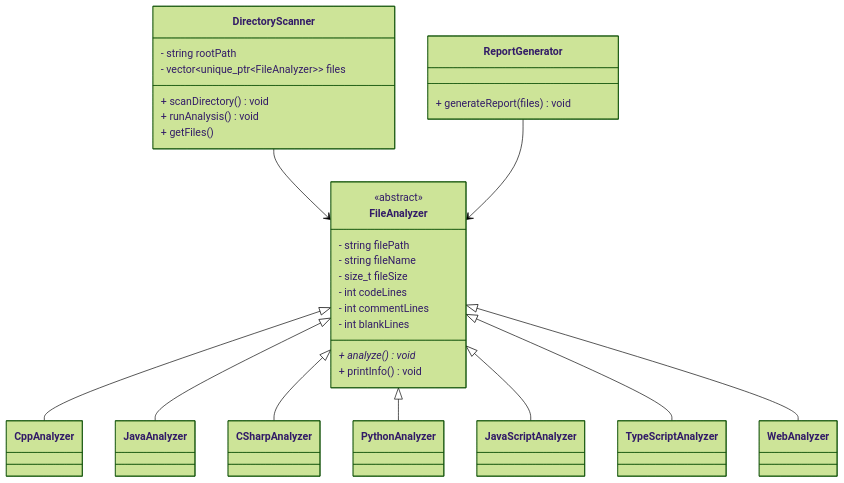
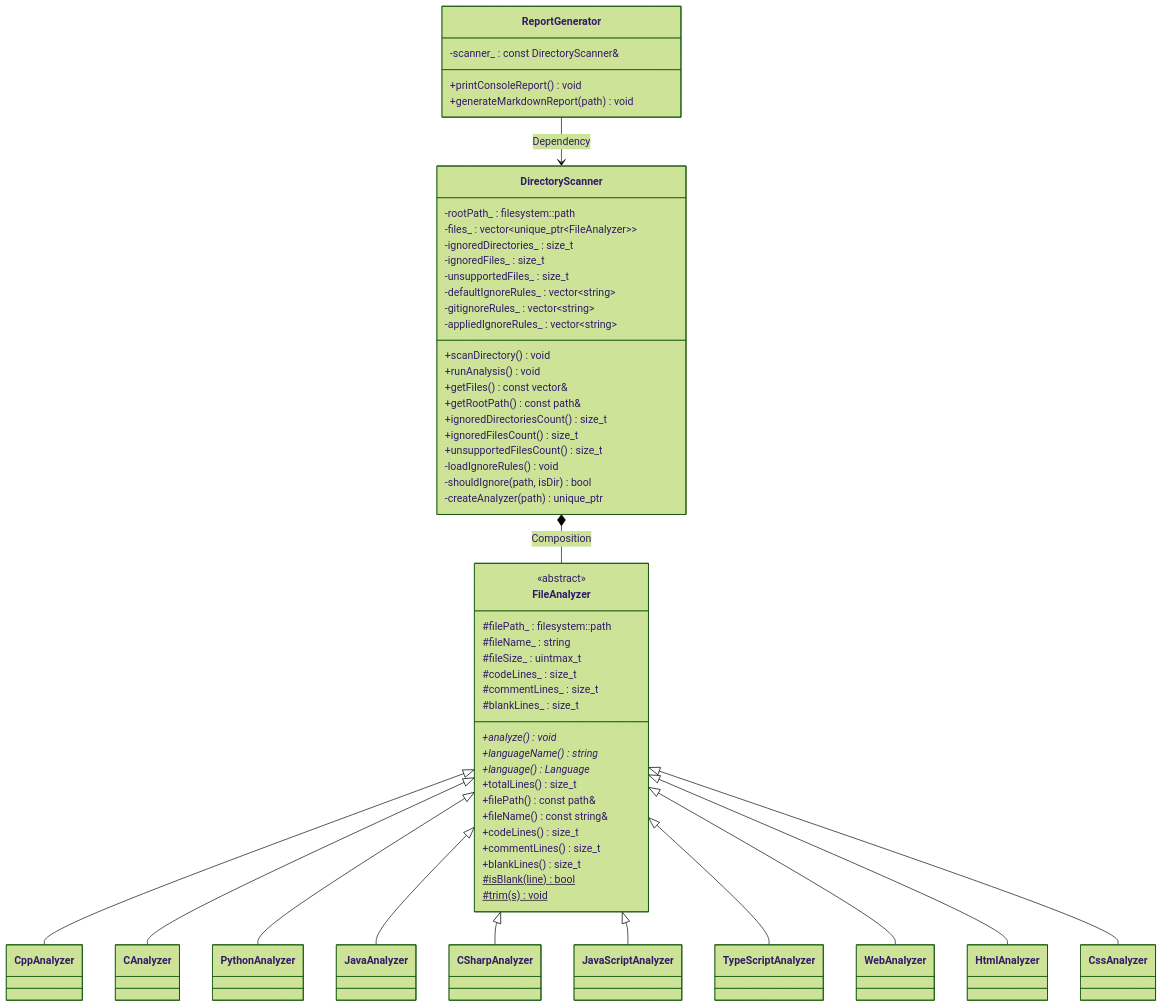
Before and after one commit to ThanhNguyn/Codebase-Analyzer: the third of 3 diagrams in README.md, drawn with Mermaid (forest theme). The commit also changed other lines of this file, not shown here.

Commit message:
docs: update class diagram and team member information in README.md

````diff
--- a/README.md
+++ b/README.md
@@ -349,45 +349,75 @@
 ```mermaid
 classDiagram
     class FileAnalyzer {
         <<abstract>>
-        - string filePath
-        - string fileName
-        - size_t fileSize
-        - int codeLines
-        - int commentLines
-        - int blankLines
-        + analyze()* void
-        + printInfo() void
+        #filePath_ : filesystem::path
+        #fileName_ : string
+        #fileSize_ : uintmax_t
+        #codeLines_ : size_t
+        #commentLines_ : size_t
+        #blankLines_ : size_t
+        +analyze()* void
+        +languageName()* string
+        +language()* Language
+        +totalLines() size_t
+        +filePath() const path&
+        +fileName() const string&
+        +codeLines() size_t
+        +commentLines() size_t
+        +blankLines() size_t
+        #isBlank(line) bool$
+        #trim(s) void$
+    }
+
+    class DirectoryScanner {
+        -rootPath_ : filesystem::path
+        -files_ : vector~unique_ptr~FileAnalyzer~~
+        -ignoredDirectories_ : size_t
+        -ignoredFiles_ : size_t
+        -unsupportedFiles_ : size_t
+        -defaultIgnoreRules_ : vector~string~
+        -gitignoreRules_ : vector~string~
+        -appliedIgnoreRules_ : vector~string~
+        +scanDirectory() void
+        +runAnalysis() void
+        +getFiles() const vector&
+        +getRootPath() const path&
+        +ignoredDirectoriesCount() size_t
+        +ignoredFilesCount() size_t
+        +unsupportedFilesCount() size_t
+        -loadIgnoreRules() void
+        -shouldIgnore(path, isDir) bool
+        -createAnalyzer(path) unique_ptr
+    }
+
+    class ReportGenerator {
+        -scanner_ : const DirectoryScanner&
+        +printConsoleReport() void
+        +generateMarkdownReport(path) void
     }
 
     class CppAnalyzer
+    class CAnalyzer
+    class PythonAnalyzer
     class JavaAnalyzer
     class CSharpAnalyzer
-    class PythonAnalyzer
     class JavaScriptAnalyzer
     class TypeScriptAnalyzer
     class WebAnalyzer
-
-    class DirectoryScanner {
-        - string rootPath
-        - vector~unique_ptr~FileAnalyzer~~ files
-        + scanDirectory() void
-        + runAnalysis() void
-        + getFiles()
-    }
-
-    class ReportGenerator {
-        + generateReport(files) void
-    }
+    class HtmlAnalyzer
+    class CssAnalyzer
 
     FileAnalyzer <|-- CppAnalyzer
+    FileAnalyzer <|-- CAnalyzer
+    FileAnalyzer <|-- PythonAnalyzer
     FileAnalyzer <|-- JavaAnalyzer
     FileAnalyzer <|-- CSharpAnalyzer
-    FileAnalyzer <|-- PythonAnalyzer
     FileAnalyzer <|-- JavaScriptAnalyzer
     FileAnalyzer <|-- TypeScriptAnalyzer
     FileAnalyzer <|-- WebAnalyzer
+    FileAnalyzer <|-- HtmlAnalyzer
+    FileAnalyzer <|-- CssAnalyzer
 
-    DirectoryScanner --> FileAnalyzer
-    ReportGenerator --> FileAnalyzer
+    DirectoryScanner *-- FileAnalyzer : Composition
+    ReportGenerator --> DirectoryScanner : Dependency
 ```
````
